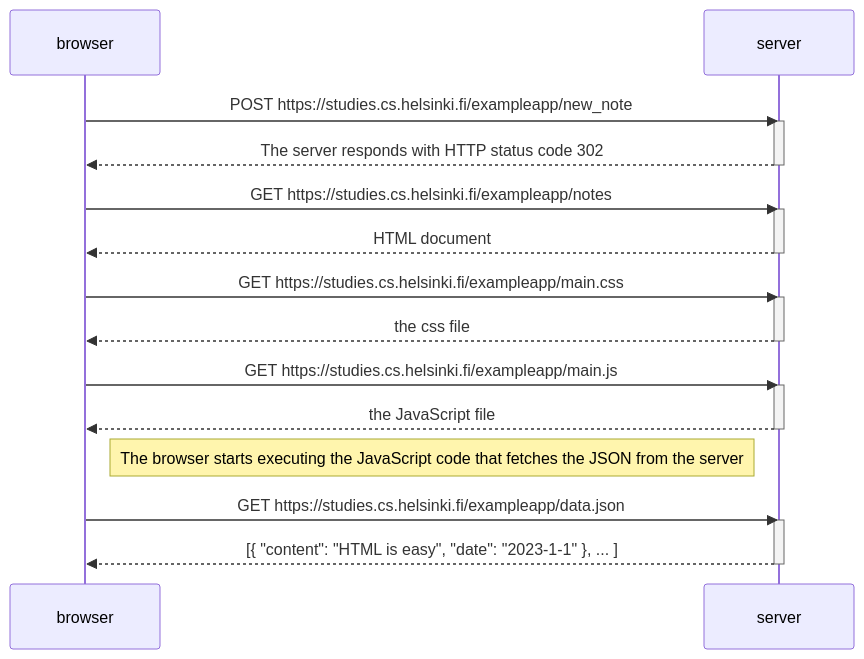
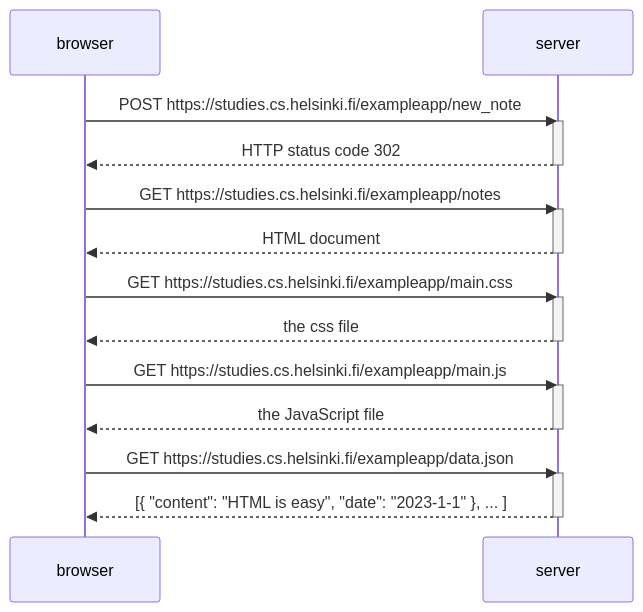
One commit to MlodyFati/Fullstack-allparts changed the diagram in folder/task04.md. Above: the diagram before and after it, drawn with Mermaid.

Commit message:
Fix new_note diagram

````diff
--- a/folder/task04.md
+++ b/folder/task04.md
@@ -1,35 +1,33 @@
 ```mermaid
 sequenceDiagram
     participant browser
     participant server
 
     browser->>server: POST https://studies.cs.helsinki.fi/exampleapp/new_note
     activate server
-    server-->>browser:  The server responds with HTTP status code 302
+    server-->>browser:  HTTP status code 302
     deactivate server
 
     browser->>server: GET https://studies.cs.helsinki.fi/exampleapp/notes
     activate server
     server-->>browser: HTML document
     deactivate server
 
     browser->>server: GET https://studies.cs.helsinki.fi/exampleapp/main.css
     activate server
     server-->>browser: the css file
     deactivate server
 
     browser->>server: GET https://studies.cs.helsinki.fi/exampleapp/main.js
     activate server
     server-->>browser: the JavaScript file
     deactivate server
 
-    Note right of browser: The browser starts executing the JavaScript code that fetches the JSON from the server
-
     browser->>server: GET https://studies.cs.helsinki.fi/exampleapp/data.json
     activate server
     server-->>browser: [{ "content": "HTML is easy", "date": "2023-1-1" }, ... ]
     deactivate server
 
 
 
 ```
````
